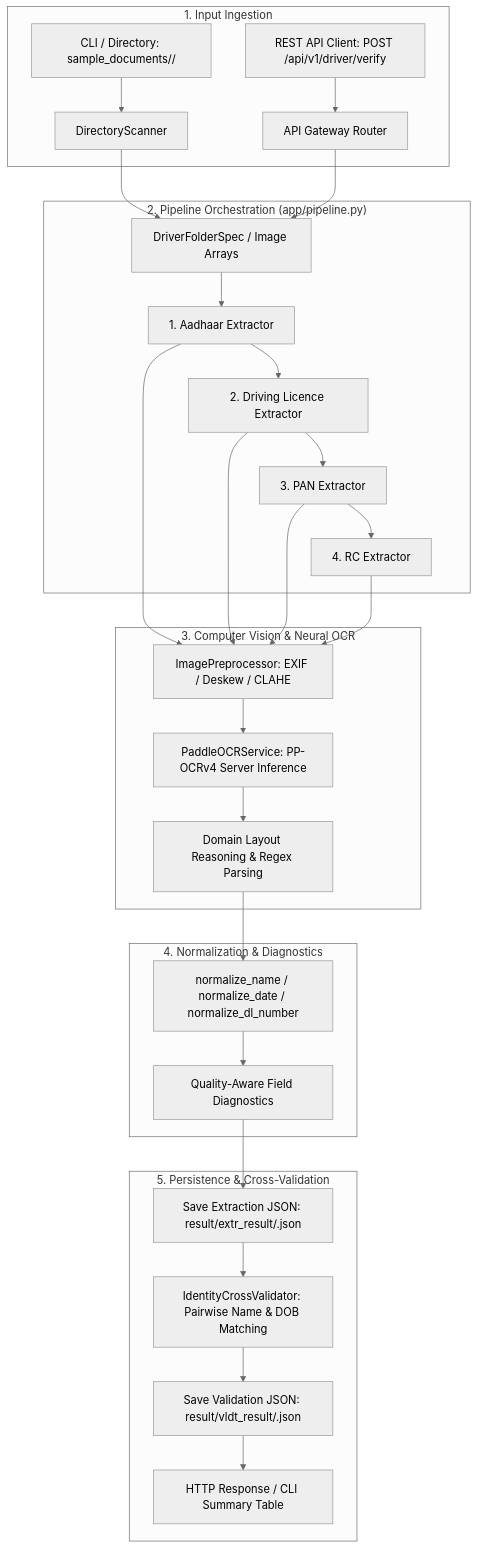
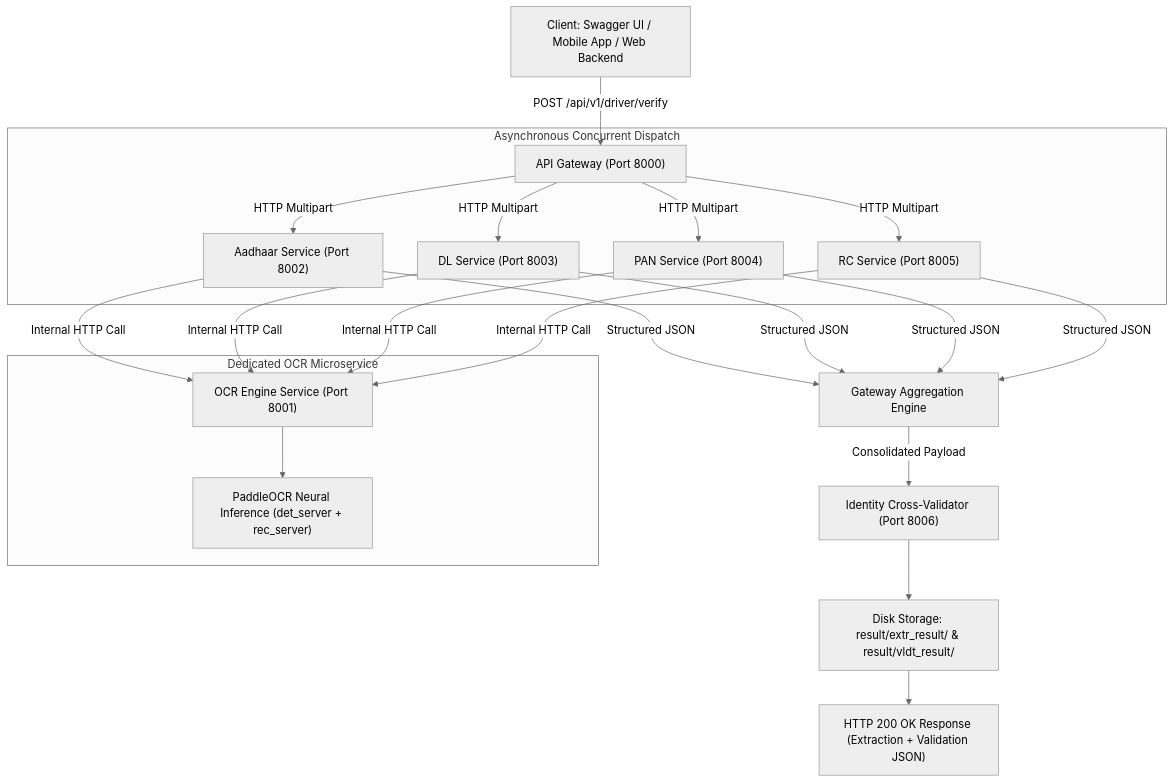
Before and after one commit to parikshit-hkis/Driver_Verification: the diagram in PROJECT_DOCUMENTATION.md, drawn with Mermaid (neutral theme). The commit also changed other lines of this file and 120 other files, not shown here.

````diff
--- a/PROJECT_DOCUMENTATION.md
+++ b/PROJECT_DOCUMENTATION.md
@@ -98,35 +93,22 @@
 ```mermaid
 flowchart TD
-    subgraph Ingestion ["1. Input Ingestion"]
-        A1["CLI / Directory: sample_documents/<driver_id>/"] --> B1["DirectoryScanner"]
-        A2["REST API Client: POST /api/v1/driver/verify"] --> B2["API Gateway Router"]
+    Client["Client: Swagger UI / Mobile App / Web Backend"] -->|POST /api/v1/driver/verify| Gateway["API Gateway (Port 8000)"]
+
+    subgraph Async_Dispatch ["Asynchronous Concurrent Dispatch"]
+        Gateway -->|HTTP Multipart| S_Aadhaar["Aadhaar Service (Port 8002)"]
+        Gateway -->|HTTP Multipart| S_DL["DL Service (Port 8003)"]
+        Gateway -->|HTTP Multipart| S_PAN["PAN Service (Port 8004)"]
+        Gateway -->|HTTP Multipart| S_RC["RC Service (Port 8005)"]
     end
 
-    B1 --> C["DriverFolderSpec / Image Arrays"]
-    B2 --> C
-
-    subgraph Pipeline ["2. Pipeline Orchestration (app/pipeline.py)"]
-        C --> D1["1. Aadhaar Extractor"]
-        D1 --> D2["2. Driving Licence Extractor"]
-        D2 --> D3["3. PAN Extractor"]
-        D3 --> D4["4. RC Extractor"]
+    subgraph OCR_Layer ["Dedicated OCR Microservice"]
+        S_Aadhaar & S_DL & S_PAN & S_RC -->|Internal HTTP Call| S_OCR["OCR Engine Service (Port 8001)"]
+        S_OCR --> GPU["PaddleOCR Neural Inference (det_server + rec_server)"]
     end
 
-    subgraph ProcessingLayer ["3. Computer Vision & Neural OCR"]
-        D1 & D2 & D3 & D4 --> E1["ImagePreprocessor: EXIF / Deskew / CLAHE"]
-        E1 --> E2["PaddleOCRService: PP-OCRv4 Server Inference"]
-        E2 --> E3["Domain Layout Reasoning & Regex Parsing"]
-    end
-
-    subgraph NormalizationLayer ["4. Normalization & Diagnostics"]
-        E3 --> F1["normalize_name / normalize_date / normalize_dl_number"]
-        F1 --> F2["Quality-Aware Field Diagnostics"]
-    end
-
-    subgraph StorageAndValidation ["5. Persistence & Cross-Validation"]
-        F2 --> G1["Save Extraction JSON: result/extr_result/<driver_id>.json"]
-        G1 --> G2["IdentityCrossValidator: Pairwise Name & DOB Matching"]
-        G2 --> G3["Save Validation JSON: result/vldt_result/<driver_id>.json"]
-        G3 --> G4["HTTP Response / CLI Summary Table"]
-    end
+    S_Aadhaar & S_DL & S_PAN & S_RC -->|Structured JSON| Aggregator["Gateway Aggregation Engine"]
+    Aggregator -->|Consolidated Payload| S_Val["Identity Cross-Validator (Port 8006)"]
+    
+    S_Val --> ResultStore["Disk Storage: result/extr_result/ & result/vldt_result/"]
+    ResultStore --> GatewayResponse["HTTP 200 OK Response (Extraction + Validation JSON)"]
 ```
````
